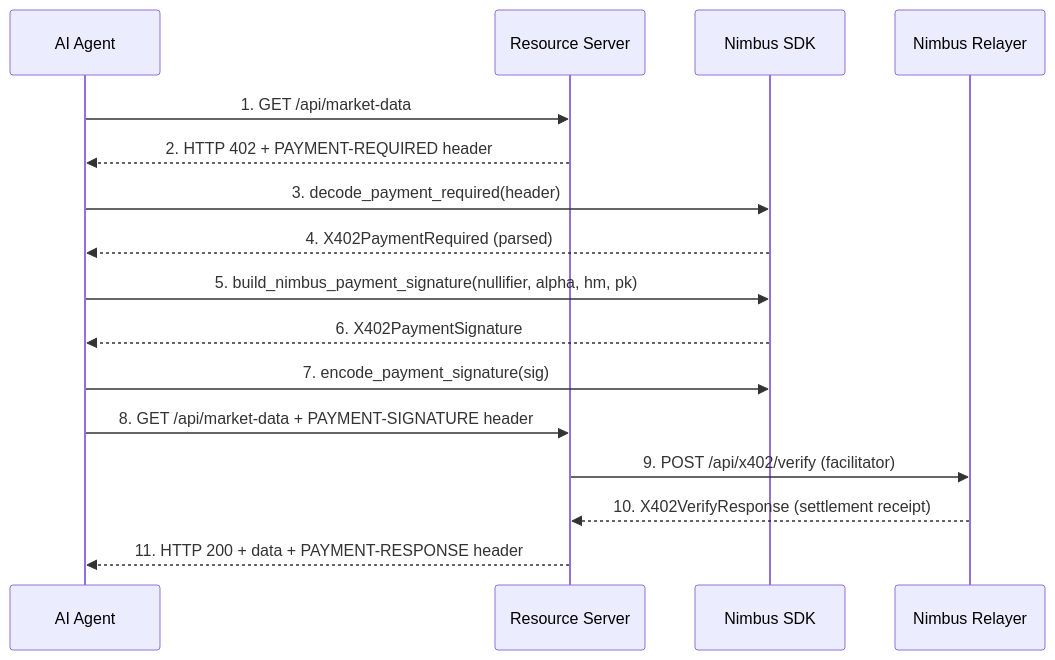
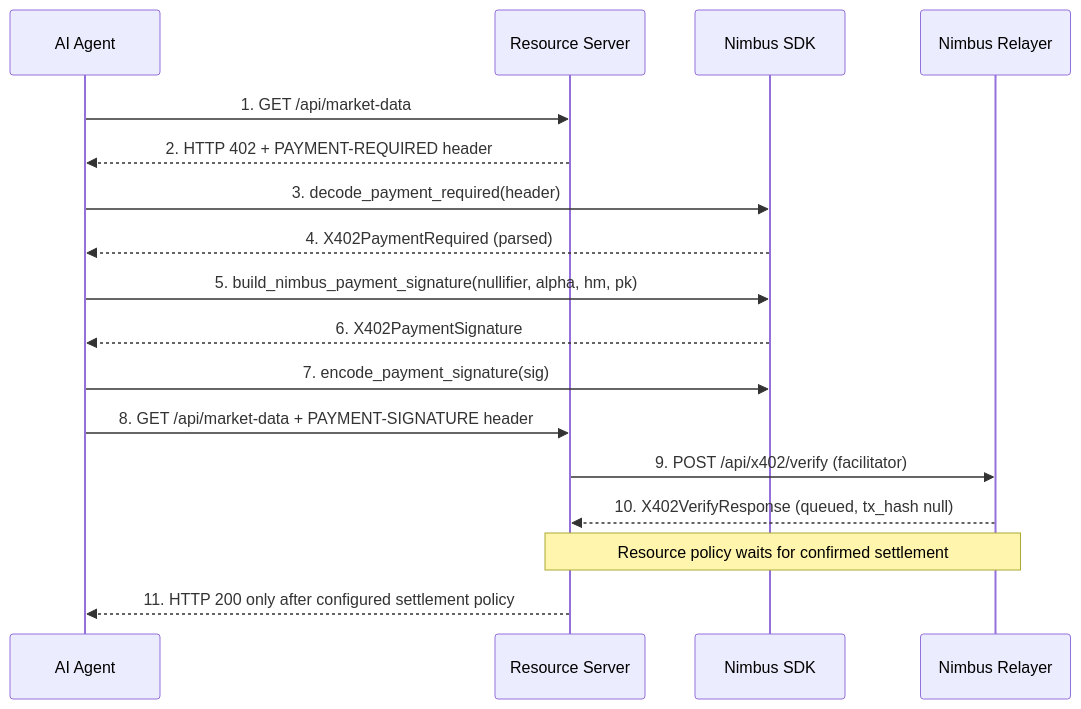
One commit to 0xReLogic/Zeltra-Protocol changed the second of 2 diagrams in docs/sdk.md. Above: the diagram before and after it, drawn with Mermaid. The commit also changed 11 other files, not shown here.

````diff
--- a/docs/sdk.md
+++ b/docs/sdk.md
@@ -239,14 +239,15 @@
 ```mermaid
 sequenceDiagram
     AI Agent->>Resource Server: 1. GET /api/market-data
     Resource Server-->>AI Agent: 2. HTTP 402 + PAYMENT-REQUIRED header
     AI Agent->>Nimbus SDK: 3. decode_payment_required(header)
     Nimbus SDK-->>AI Agent: 4. X402PaymentRequired (parsed)
     AI Agent->>Nimbus SDK: 5. build_nimbus_payment_signature(nullifier, alpha, hm, pk)
     Nimbus SDK-->>AI Agent: 6. X402PaymentSignature
     AI Agent->>Nimbus SDK: 7. encode_payment_signature(sig)
     AI Agent->>Resource Server: 8. GET /api/market-data + PAYMENT-SIGNATURE header
     Resource Server->>Nimbus Relayer: 9. POST /api/x402/verify (facilitator)
-    Nimbus Relayer-->>Resource Server: 10. X402VerifyResponse (settlement receipt)
-    Resource Server-->>AI Agent: 11. HTTP 200 + data + PAYMENT-RESPONSE header
+    Nimbus Relayer-->>Resource Server: 10. X402VerifyResponse (queued, tx_hash null)
+    Note over Resource Server,Nimbus Relayer: Resource policy waits for confirmed settlement
+    Resource Server-->>AI Agent: 11. HTTP 200 only after configured settlement policy
 ```
````
